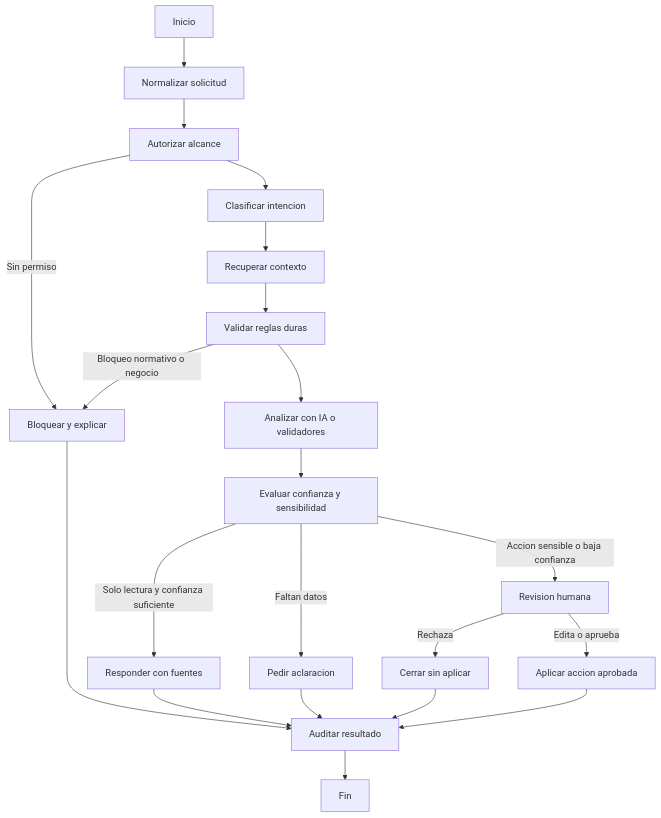
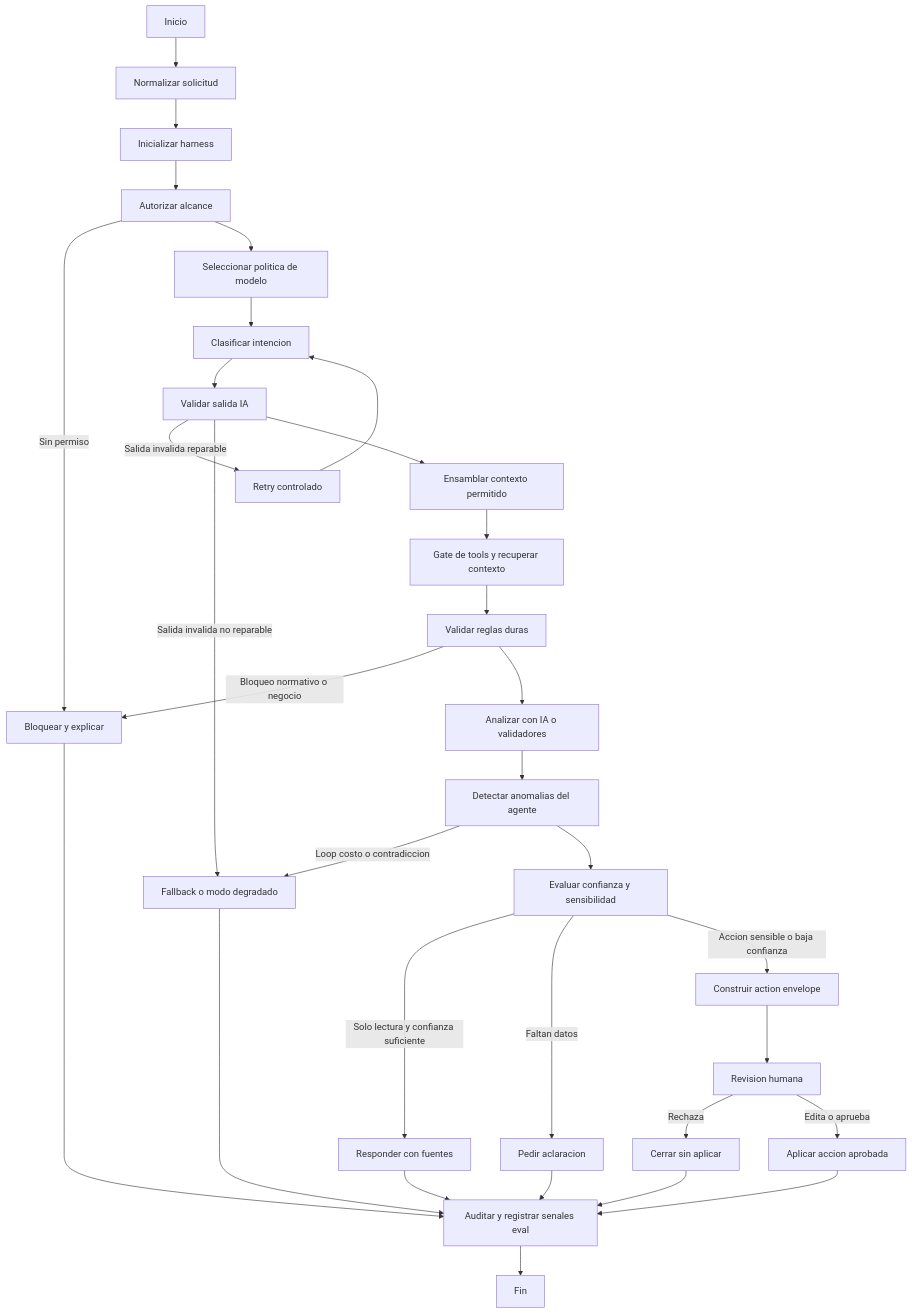
One commit to matiasar2000/tesoreria changed the diagram in docs/08-arte-tecnico-ia-langgraph.md. Above: the diagram before and after it, drawn with Mermaid. The commit also changed other lines of this file and 17 other files, not shown here.

````diff
--- a/docs/08-arte-tecnico-ia-langgraph.md
+++ b/docs/08-arte-tecnico-ia-langgraph.md
@@ -246,23 +327,34 @@
 ```mermaid
 flowchart TD
     A[Inicio] --> B[Normalizar solicitud]
-    B --> C[Autorizar alcance]
+    B --> B1[Inicializar harness]
+    B1 --> C[Autorizar alcance]
     C -->|Sin permiso| Z[Bloquear y explicar]
-    C --> D[Clasificar intencion]
-    D --> E[Recuperar contexto]
-    E --> F[Validar reglas duras]
-    F -->|Bloqueo normativo o negocio| Z
-    F --> G[Analizar con IA o validadores]
-    G --> H[Evaluar confianza y sensibilidad]
-    H -->|Solo lectura y confianza suficiente| I[Responder con fuentes]
-    H -->|Faltan datos| J[Pedir aclaracion]
-    H -->|Accion sensible o baja confianza| K[Revision humana]
-    K -->|Rechaza| L[Cerrar sin aplicar]
-    K -->|Edita o aprueba| M[Aplicar accion aprobada]
-    M --> N[Auditar resultado]
-    I --> N
-    J --> N
-    L --> N
-    Z --> N
-    N --> O[Fin]
+    C --> D[Seleccionar politica de modelo]
+    D --> E[Clasificar intencion]
+    E --> E1[Validar salida IA]
+    E1 -->|Salida invalida reparable| R[Retry controlado]
+    E1 -->|Salida invalida no reparable| Y[Fallback o modo degradado]
+    E1 --> F[Ensamblar contexto permitido]
+    F --> G[Gate de tools y recuperar contexto]
+    G --> H[Validar reglas duras]
+    H -->|Bloqueo normativo o negocio| Z
+    H --> I[Analizar con IA o validadores]
+    I --> I1[Detectar anomalias del agente]
+    I1 -->|Loop costo o contradiccion| Y
+    I1 --> J[Evaluar confianza y sensibilidad]
+    J -->|Solo lectura y confianza suficiente| K[Responder con fuentes]
+    J -->|Faltan datos| L[Pedir aclaracion]
+    J -->|Accion sensible o baja confianza| M[Construir action envelope]
+    M --> N[Revision humana]
+    N -->|Rechaza| O[Cerrar sin aplicar]
+    N -->|Edita o aprueba| P[Aplicar accion aprobada]
+    P --> Q[Auditar y registrar senales eval]
+    K --> Q
+    L --> Q
+    O --> Q
+    Z --> Q
+    Y --> Q
+    R --> E
+    Q --> S[Fin]
 ```
````
